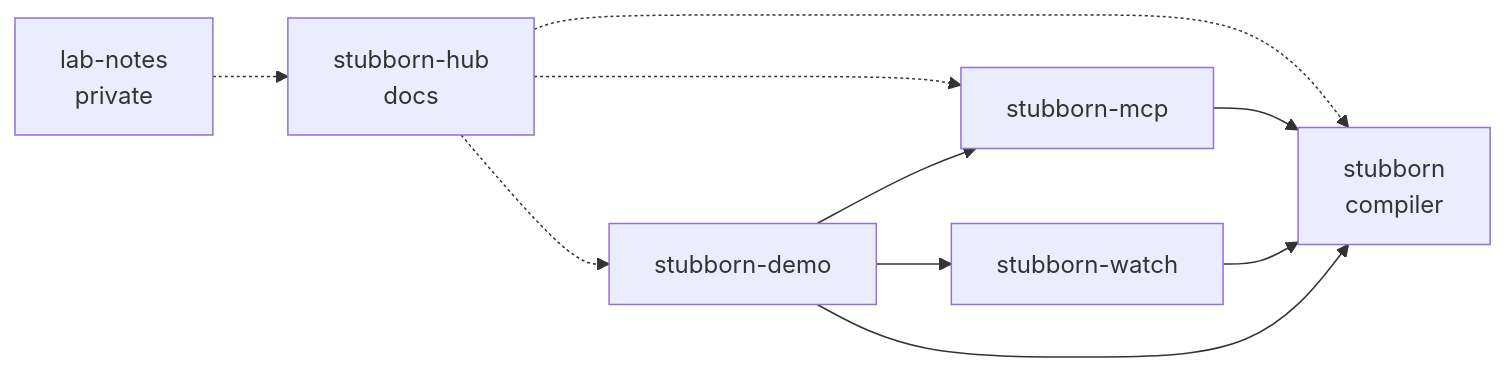
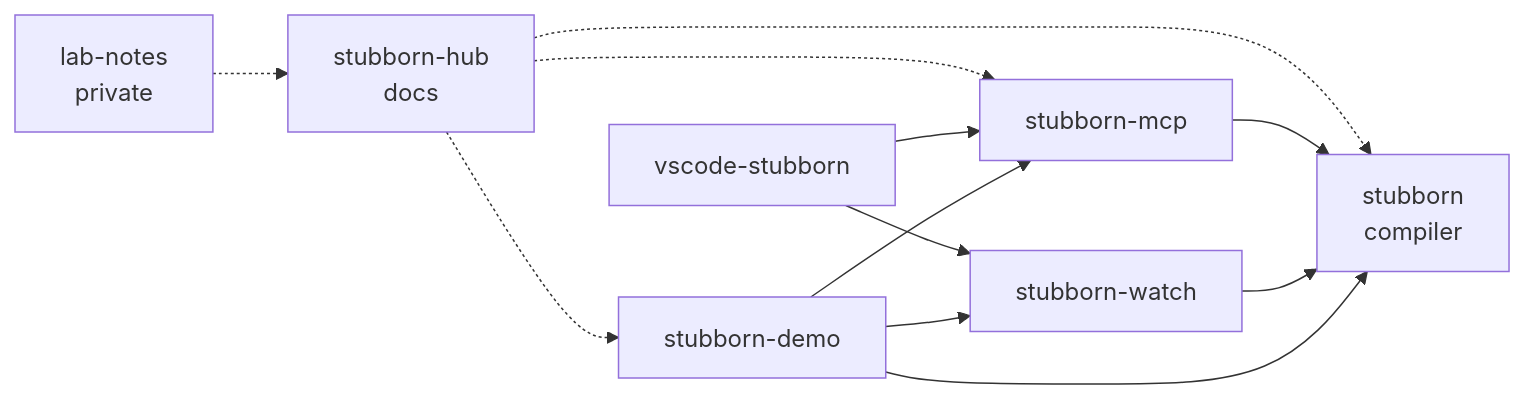
The third of 3 diagrams in docs/ARCHITECTURE.md (stubborn-ai/stubborn-hub), drawn with Mermaid before and after one commit. The commit also changed other lines of this file and 4 other files, not shown here.

First line of the commit message:
Document vscode-stubborn bridge.

````diff
--- a/docs/ARCHITECTURE.md
+++ b/docs/ARCHITECTURE.md
@@ -102,19 +104,22 @@
 ```mermaid
 flowchart LR
   HUB["stubborn-hub<br/>docs"]
   CORE["stubborn<br/>compiler"]
   MCP["stubborn-mcp"]
   WATCH["stubborn-watch"]
+  VSCODE["vscode-stubborn"]
   DEMO["stubborn-demo"]
   NOTES["lab-notes<br/>private"]
 
   HUB -.-> CORE
   HUB -.-> MCP
   HUB -.-> DEMO
   MCP --> CORE
   WATCH --> CORE
+  VSCODE --> MCP
+  VSCODE --> WATCH
   DEMO --> CORE
   DEMO --> MCP
   DEMO --> WATCH
   NOTES -.-> HUB
 ```
````
